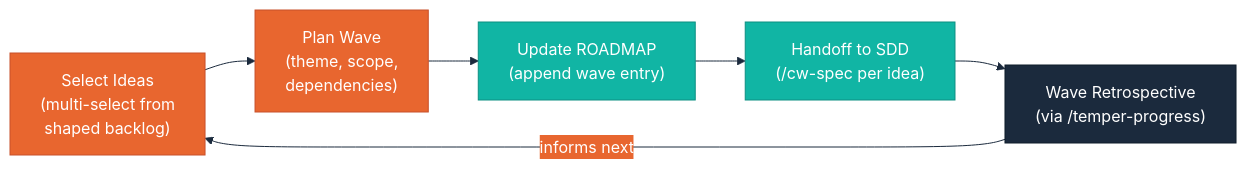
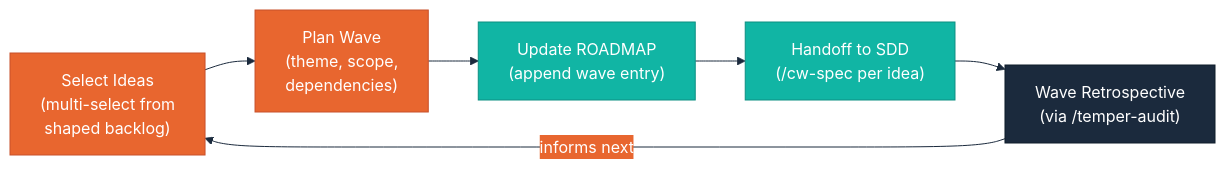
Before and after one commit to ronjanusz-liatrio/arc: the diagram in references/wave-planning.md, drawn with Mermaid. The commit also changed 199 other files, not shown here.

````diff
--- a/references/wave-planning.md
+++ b/references/wave-planning.md
@@ -113,16 +113,16 @@
 ```mermaid
 %%{init: {'theme': 'base', 'themeVariables': {'primaryColor': '#11B5A4', 'primaryTextColor': '#FFFFFF', 'primaryBorderColor': '#0D8F82', 'secondaryColor': '#E8662F', 'secondaryTextColor': '#FFFFFF', 'secondaryBorderColor': '#C7502A', 'tertiaryColor': '#1B2A3D', 'tertiaryTextColor': '#FFFFFF', 'lineColor': '#1B2A3D', 'fontFamily': 'Inter, sans-serif'}}}%%
 flowchart LR
     SELECT["Select Ideas\n(multi-select from\nshaped backlog)"]:::arc
     PLAN["Plan Wave\n(theme, scope,\ndependencies)"]:::arc
     ROADMAP["Update ROADMAP\n(append wave entry)"]:::ready
     HANDOFF["Handoff to SDD\n(/cw-spec per idea)"]:::ready
-    RETRO["Wave Retrospective\n(via /temper-progress)"]:::cw
+    RETRO["Wave Retrospective\n(via /temper-audit)"]:::cw
 
     SELECT --> PLAN --> ROADMAP --> HANDOFF --> RETRO
     RETRO -->|"informs next"| SELECT
 
     classDef arc fill:#E8662F,stroke:#C7502A,color:#FFFFFF
     classDef ready fill:#11B5A4,stroke:#0D8F82,color:#FFFFFF
     classDef cw fill:#1B2A3D,stroke:#0F1D2B,color:#FFFFFF
 ```
````
